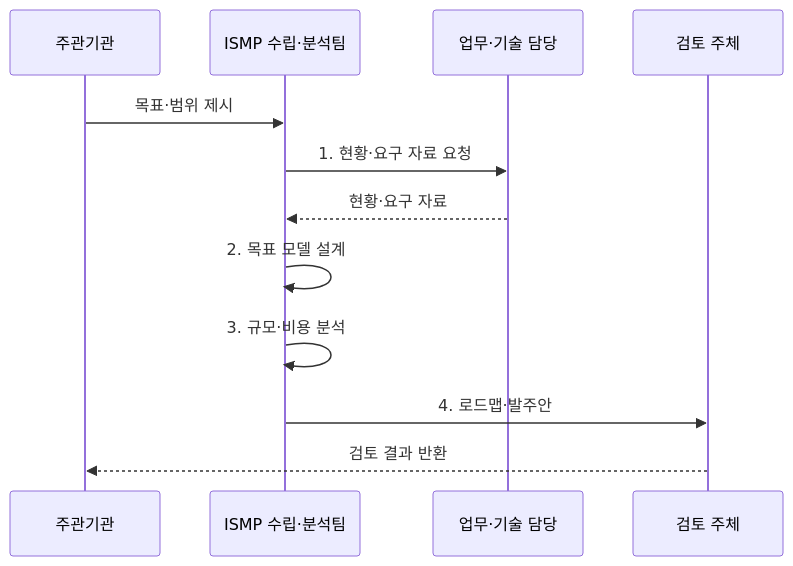
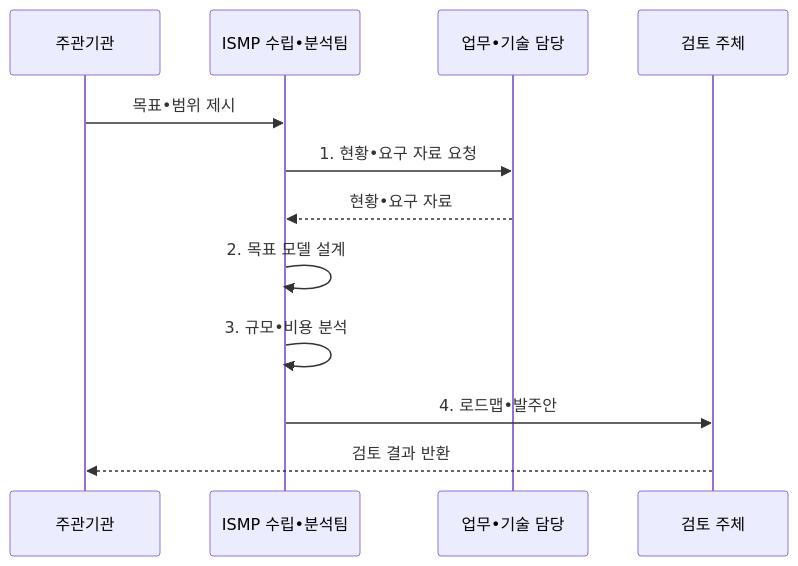
The second of 2 diagrams in src/content/docs/notes/03-software/187_ismp.md (agnusdei1207/knowledge-base), drawn with Mermaid before and after one commit. The commit also changed other lines of this file and 953 other files, not shown here.

````diff
--- a/src/content/docs/notes/03-software/187_ismp.md
+++ b/src/content/docs/notes/03-software/187_ismp.md
@@ -104,14 +104,14 @@
 ```mermaid
 sequenceDiagram
     participant O as 주관기관
-    participant T as ISMP 수립·분석팀
-    participant U as 업무·기술 담당
+    participant T as ISMP 수립•분석팀
+    participant U as 업무•기술 담당
     participant R as 검토 주체
-    O->>T: 목표·범위 제시
-    T->>U: 1. 현황·요구 자료 요청
-    U-->>T: 현황·요구 자료
+    O->>T: 목표•범위 제시
+    T->>U: 1. 현황•요구 자료 요청
+    U-->>T: 현황•요구 자료
     T->>T: 2. 목표 모델 설계
-    T->>T: 3. 규모·비용 분석
-    T->>R: 4. 로드맵·발주안
+    T->>T: 3. 규모•비용 분석
+    T->>R: 4. 로드맵•발주안
     R-->>O: 검토 결과 반환
 ```
````
